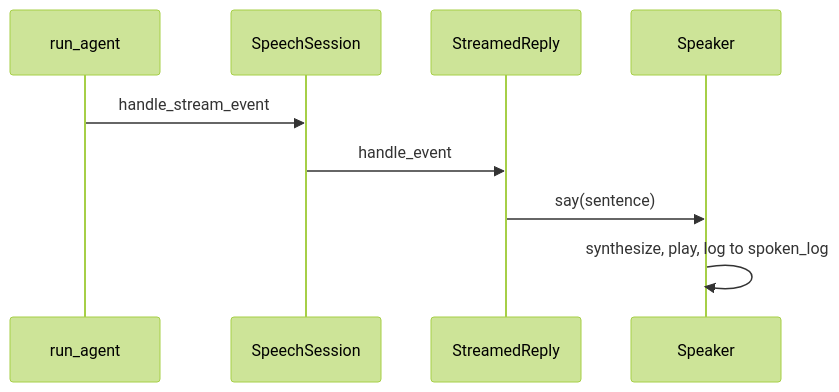
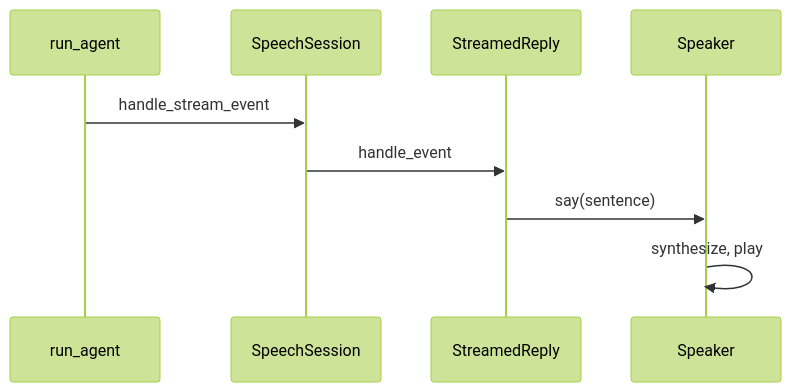
One commit to state-alchemists/zrb changed the third of 3 diagrams in docs/architecture/3-peripheral-flow/dictation-barge-in.md. Above: the diagram before and after it, drawn with Mermaid (forest theme). The commit also changed other lines of this file and 14 other files, not shown here.

````diff
--- a/docs/architecture/3-peripheral-flow/dictation-barge-in.md
+++ b/docs/architecture/3-peripheral-flow/dictation-barge-in.md
@@ -122,11 +119,11 @@
 ```mermaid
 sequenceDiagram
     participant R as run_agent
     participant O as SpeechSession
     participant P as StreamedReply
     participant S as Speaker
     R->>O: handle_stream_event
     O->>P: handle_event
     P->>S: say(sentence)
-    S->>S: synthesize, play, log to spoken_log
+    S->>S: synthesize, play
 ```
````
